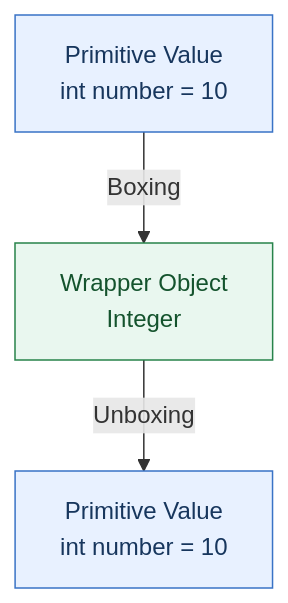
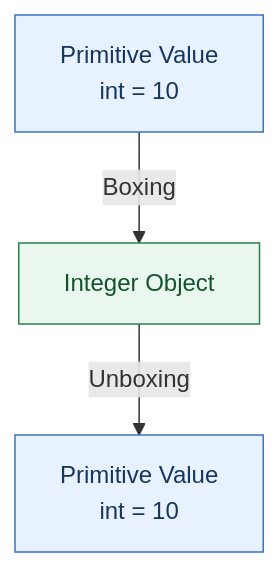
The first of 11 diagrams in src/J08_ObjectOrientedProgramming/L11_AutoBoxingAndPOJOs/README.md (VivekCodes07/TheDSAJournal), drawn with Mermaid before and after one commit. The commit also changed other lines of this file and 19 other files, not shown here.

````diff
--- a/src/J08_ObjectOrientedProgramming/L11_AutoBoxingAndPOJOs/README.md
+++ b/src/J08_ObjectOrientedProgramming/L11_AutoBoxingAndPOJOs/README.md
@@ -329,9 +346,9 @@
 ```mermaid
 flowchart TD
-    A["Primitive Value<br/>int number = 10"] -->|"Boxing"| B["Wrapper Object<br/>Integer"]
-    B -->|"Unboxing"| C["Primitive Value<br/>int number = 10"]
+    A["Primitive Value<br/>int = 10"] -->|"Boxing"| B["Integer Object"]
+    B -->|"Unboxing"| C["Primitive Value<br/>int = 10"]
 
     style A fill:#E8F1FF,stroke:#3973C6,color:#17365D
     style B fill:#E9F7EF,stroke:#27834A,color:#14532D
     style C fill:#E8F1FF,stroke:#3973C6,color:#17365D
 ```
````
